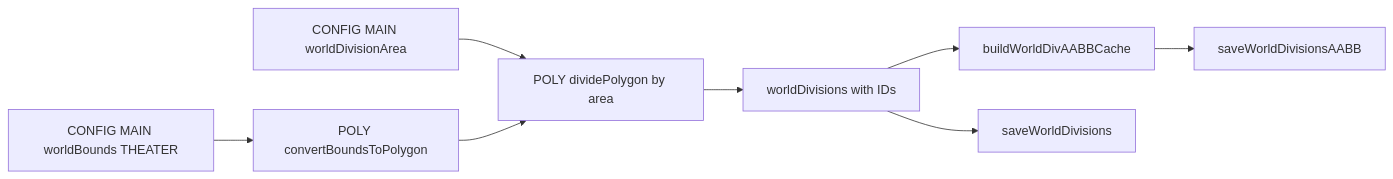
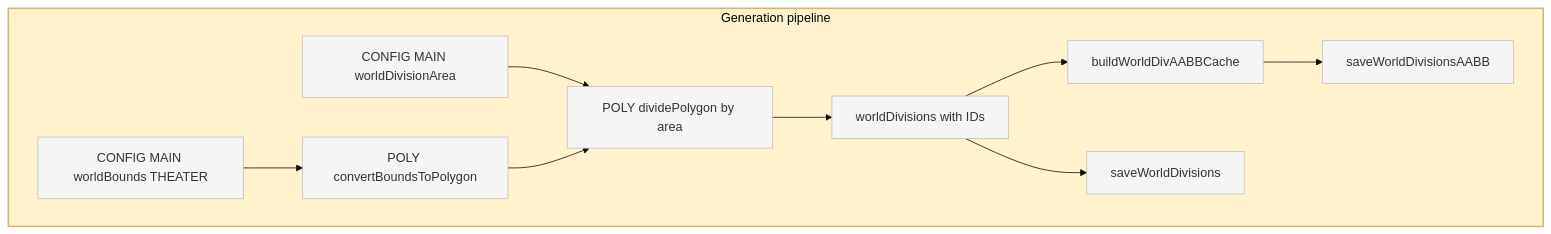
Before and after one commit to Gh0st352/AETHR: the first of 3 diagrams in docs/config/world_bounds_and_divisions.md, drawn with Mermaid. The commit also changed other lines of this file and 8 other files, not shown here.

First line of the commit message:
docs(config): enhance Mermaid diagrams with theme/layout

````diff
--- a/docs/config/world_bounds_and_divisions.md
+++ b/docs/config/world_bounds_and_divisions.md
@@ -31,10 +31,17 @@
 ```mermaid
-flowchart LR
-  WB[CONFIG MAIN worldBounds THEATER] --> BP[POLY convertBoundsToPolygon]
-  WDA[CONFIG MAIN worldDivisionArea] --> DP[POLY dividePolygon by area]
-  BP --> DP
-  DP --> DIVS[worldDivisions with IDs]
-  DIVS --> AABB[buildWorldDivAABBCache]
-  DIVS --> SAVE[saveWorldDivisions]
-  AABB --> SAVE_AABB[saveWorldDivisionsAABB]
+%%{init: {"theme":"base", "themeVariables":{"primaryColor":"#f5f5f5"}}}%%
+flowchart TB
+  subgraph GEN_PIPE [Generation pipeline]
+    style GEN_PIPE fill:#fff2cc,stroke:#d4b86f,stroke-width:2px
+    WB[CONFIG MAIN worldBounds THEATER] --> BP[POLY convertBoundsToPolygon]
+    WDA[CONFIG MAIN worldDivisionArea] --> DP[POLY dividePolygon by area]
+    BP --> DP
+    DP --> DIVS[worldDivisions with IDs]
+    DIVS --> AABB[buildWorldDivAABBCache]
+    DIVS --> SAVE[saveWorldDivisions]
+    AABB --> SAVE_AABB[saveWorldDivisionsAABB]
+  end
+
+  classDef node fill:#f5f5f5,stroke:#bfbfbf,stroke-width:1px
+  class WB,BP,WDA,DP,DIVS,AABB,SAVE,SAVE_AABB node
 ```
````
